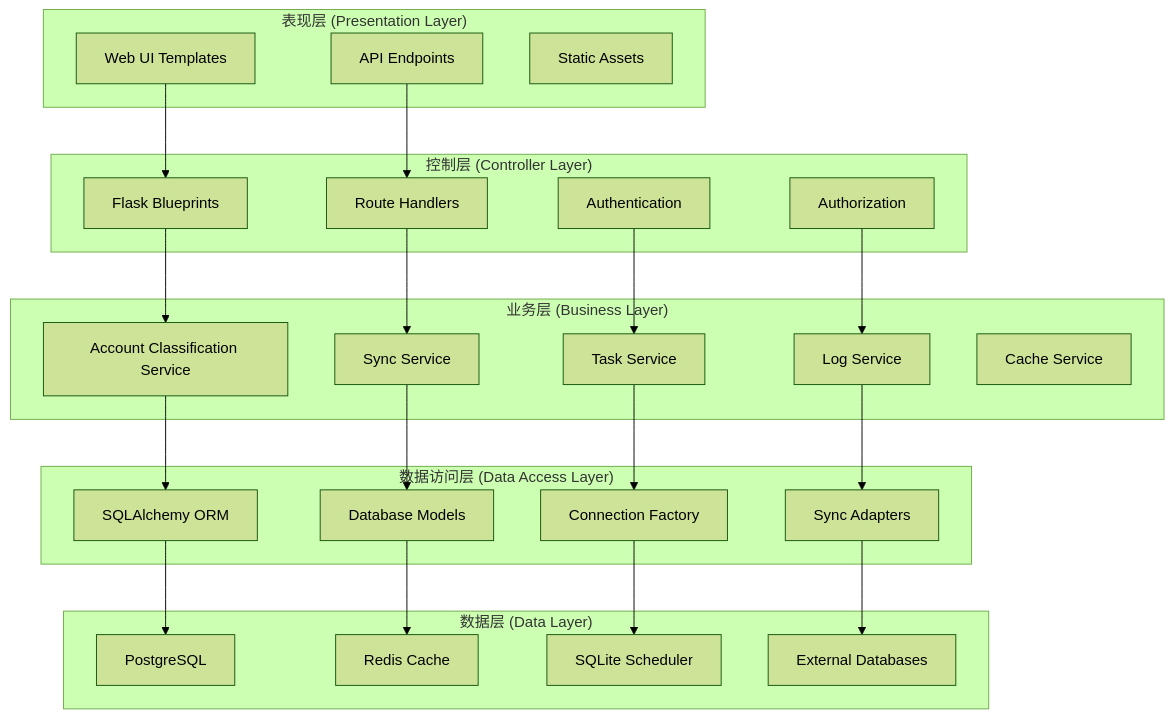
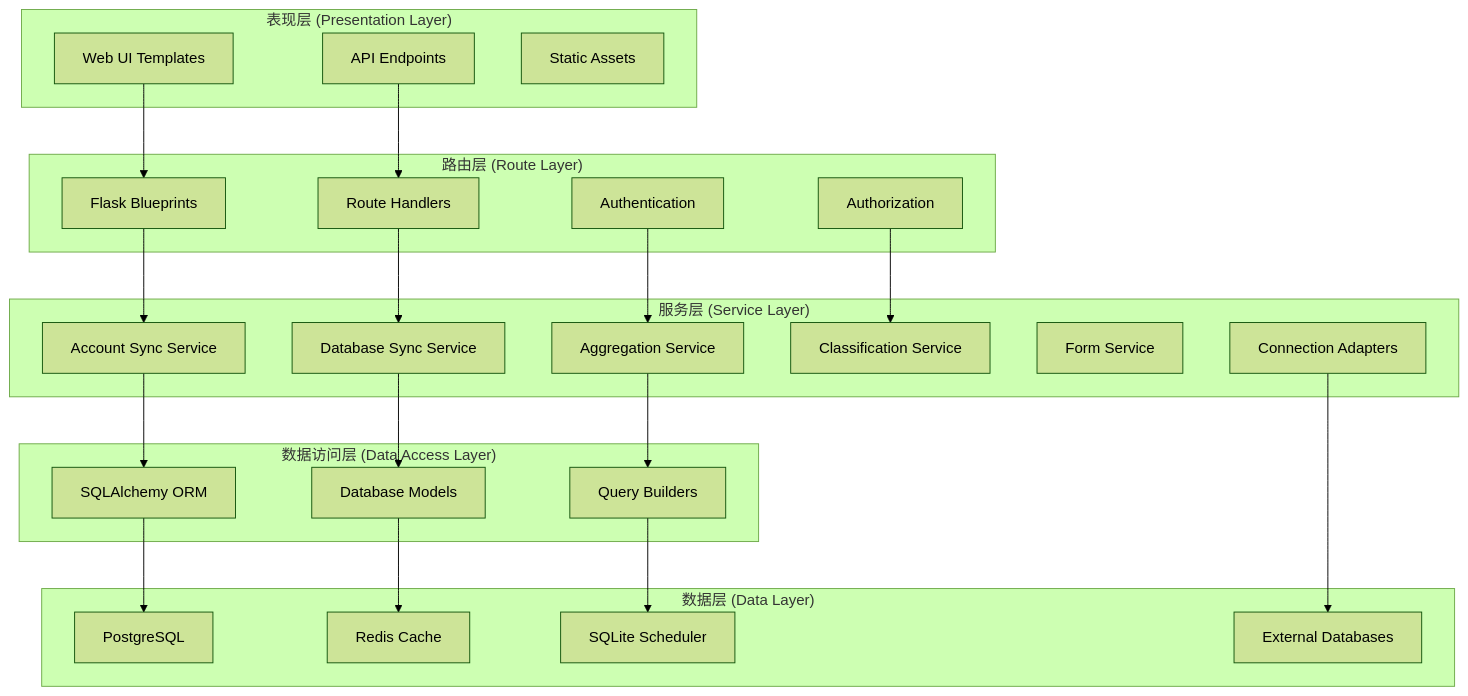
One commit to nyealovey/WhaleFall changed the second of 11 diagrams in docs/architecture/spec.md. Above: the diagram before and after it, drawn with Mermaid (forest theme). The commit also changed other lines of this file and 13 other files, not shown here.

````diff
--- a/docs/architecture/spec.md
+++ b/docs/architecture/spec.md
@@ -84,52 +94,51 @@
 ```mermaid
 graph TD
     subgraph "表现层 (Presentation Layer)"
         A1[Web UI Templates]
         A2[API Endpoints]
         A3[Static Assets]
     end
     
-    subgraph "控制层 (Controller Layer)"
+    subgraph "路由层 (Route Layer)"
         B1[Flask Blueprints]
         B2[Route Handlers]
         B3[Authentication]
         B4[Authorization]
     end
     
-    subgraph "业务层 (Business Layer)"
-        C1[Account Classification Service]
-        C2[Sync Service]
-        C3[Task Service]
-        C4[Log Service]
-        C5[Cache Service]
+    subgraph "服务层 (Service Layer)"
+        C1[Account Sync Service]
+        C2[Database Sync Service]
+        C3[Aggregation Service]
+        C4[Classification Service]
+        C5[Form Service]
+        C6[Connection Adapters]
     end
     
     subgraph "数据访问层 (Data Access Layer)"
         D1[SQLAlchemy ORM]
         D2[Database Models]
-        D3[Connection Factory]
-        D4[Sync Adapters]
+        D3[Query Builders]
     end
     
     subgraph "数据层 (Data Layer)"
         E1[PostgreSQL]
         E2[Redis Cache]
         E3[SQLite Scheduler]
         E4[External Databases]
     end
     
     A1 --> B1
     A2 --> B2
     B1 --> C1
     B2 --> C2
     B3 --> C3
     B4 --> C4
     C1 --> D1
     C2 --> D2
     C3 --> D3
-    C4 --> D4
     D1 --> E1
     D2 --> E2
     D3 --> E3
-    D4 --> E4
+    C6 --> E4
 ```
````
